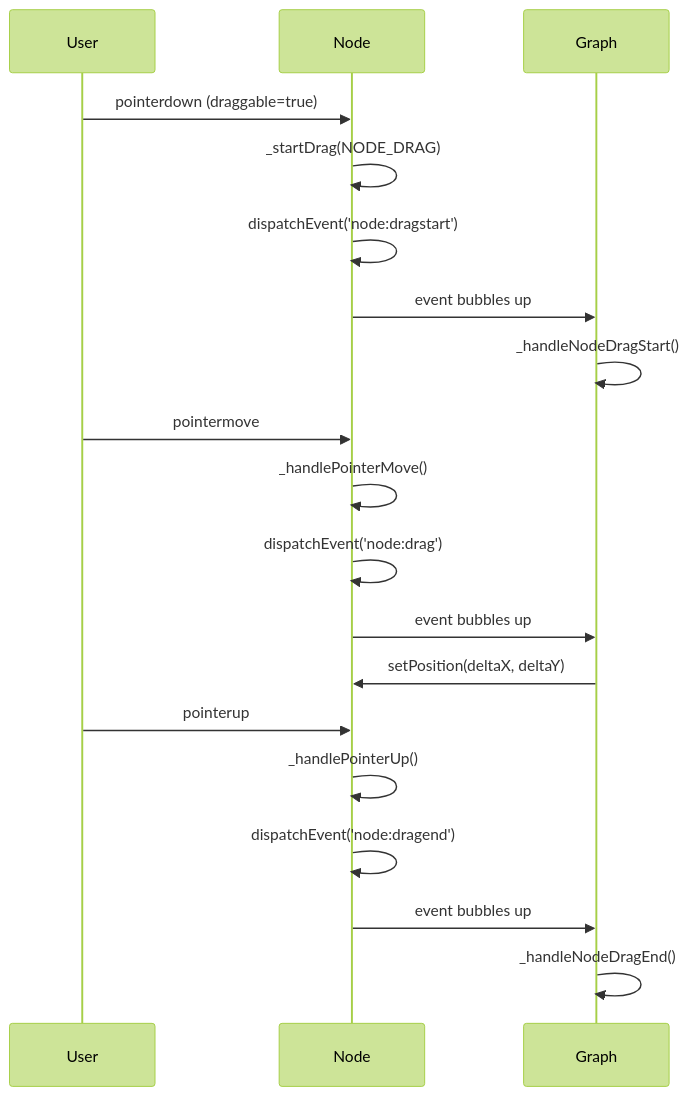
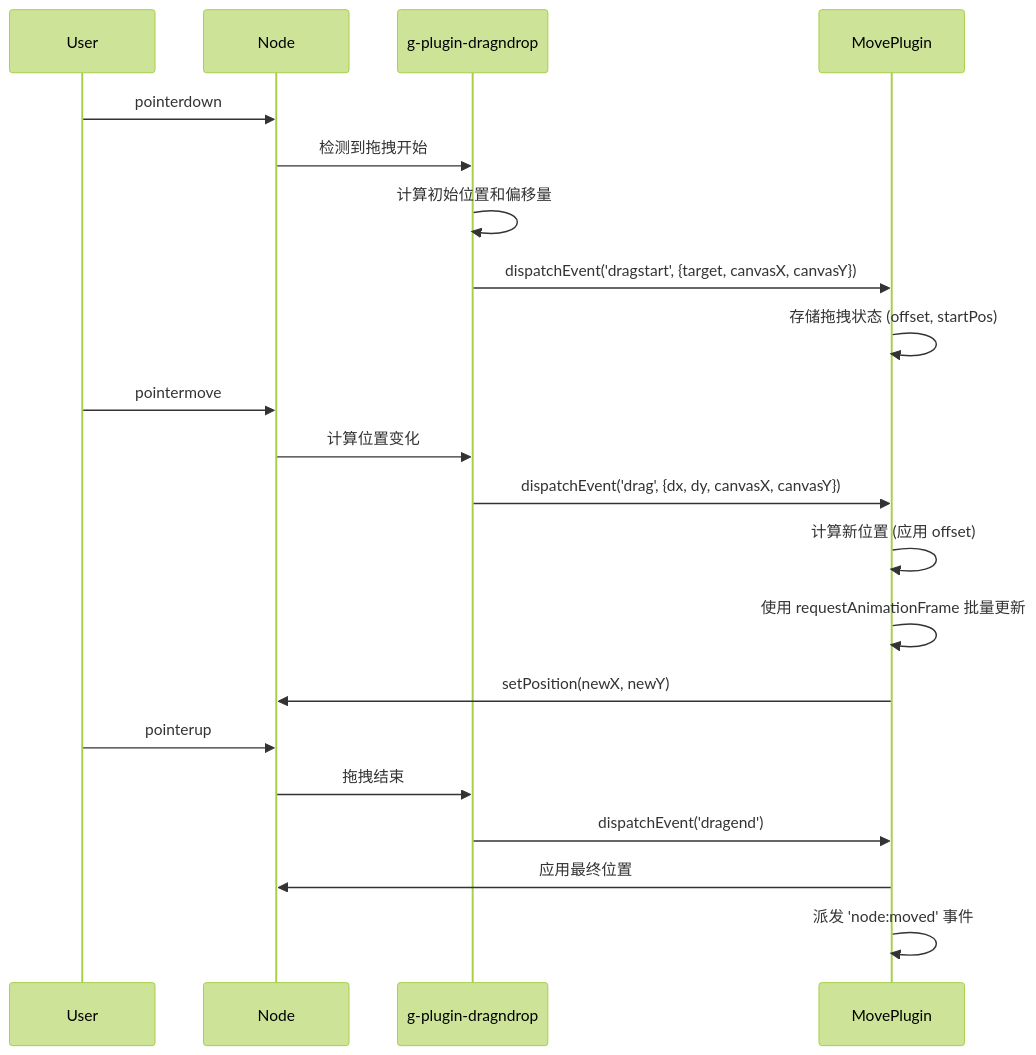
Before and after one commit to lloydzhou/ge: the seventh of 11 diagrams in packages/ge-core/docs/ARCHITECTURE.md, drawn with Mermaid (forest theme). The commit also changed other lines of this file and 14 other files, not shown here.

First line of the commit message:
refactor: phase 1 - migrate to g-plugin-dragndrop and fix interaction issues

````diff
--- a/packages/ge-core/docs/ARCHITECTURE.md
+++ b/packages/ge-core/docs/ARCHITECTURE.md
@@ -363,24 +393,26 @@
 ```mermaid
 sequenceDiagram
     participant U as User
     participant N as Node
-    participant G as Graph
+    participant D as g-plugin-dragndrop
+    participant M as MovePlugin
 
-    U->>N: pointerdown (draggable=true)
-    N->>N: _startDrag(NODE_DRAG)
-    N->>N: dispatchEvent('node:dragstart')
-    N->>G: event bubbles up
-    G->>G: _handleNodeDragStart()
+    U->>N: pointerdown
+    N->>D: 检测到拖拽开始
+    D->>D: 计算初始位置和偏移量
+    D->>M: dispatchEvent('dragstart', {target, canvasX, canvasY})
+    M->>M: 存储拖拽状态 (offset, startPos)
 
     U->>N: pointermove
-    N->>N: _handlePointerMove()
-    N->>N: dispatchEvent('node:drag')
-    N->>G: event bubbles up
-    G->>N: setPosition(deltaX, deltaY)
+    N->>D: 计算位置变化
+    D->>M: dispatchEvent('drag', {dx, dy, canvasX, canvasY})
+    M->>M: 计算新位置 (应用 offset)
+    M->>M: 使用 requestAnimationFrame 批量更新
+    M->>N: setPosition(newX, newY)
 
     U->>N: pointerup
-    N->>N: _handlePointerUp()
-    N->>N: dispatchEvent('node:dragend')
-    N->>G: event bubbles up
-    G->>G: _handleNodeDragEnd()
+    N->>D: 拖拽结束
+    D->>M: dispatchEvent('dragend')
+    M->>N: 应用最终位置
+    M->>M: 派发 'node:moved' 事件
 ```
````
